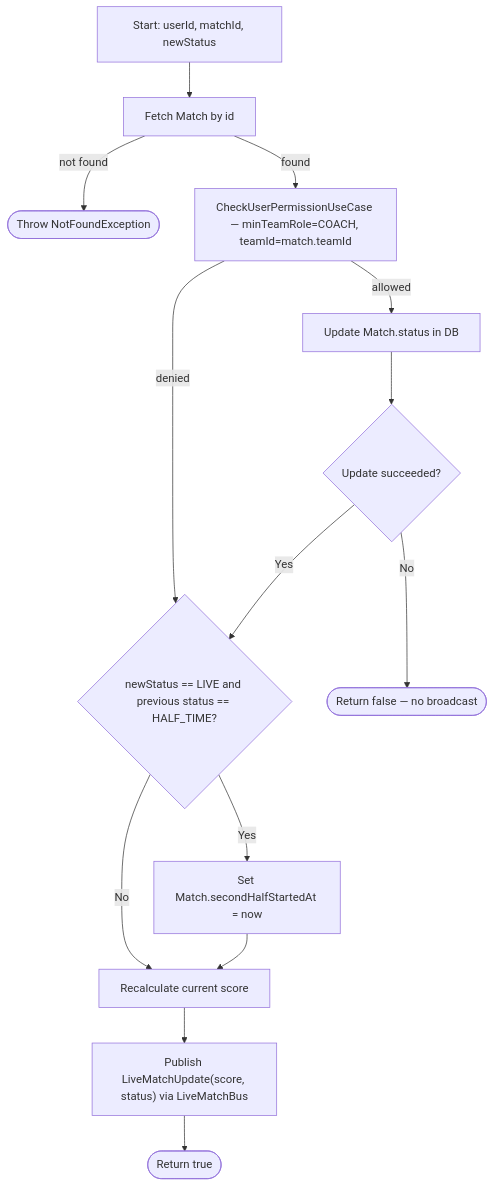
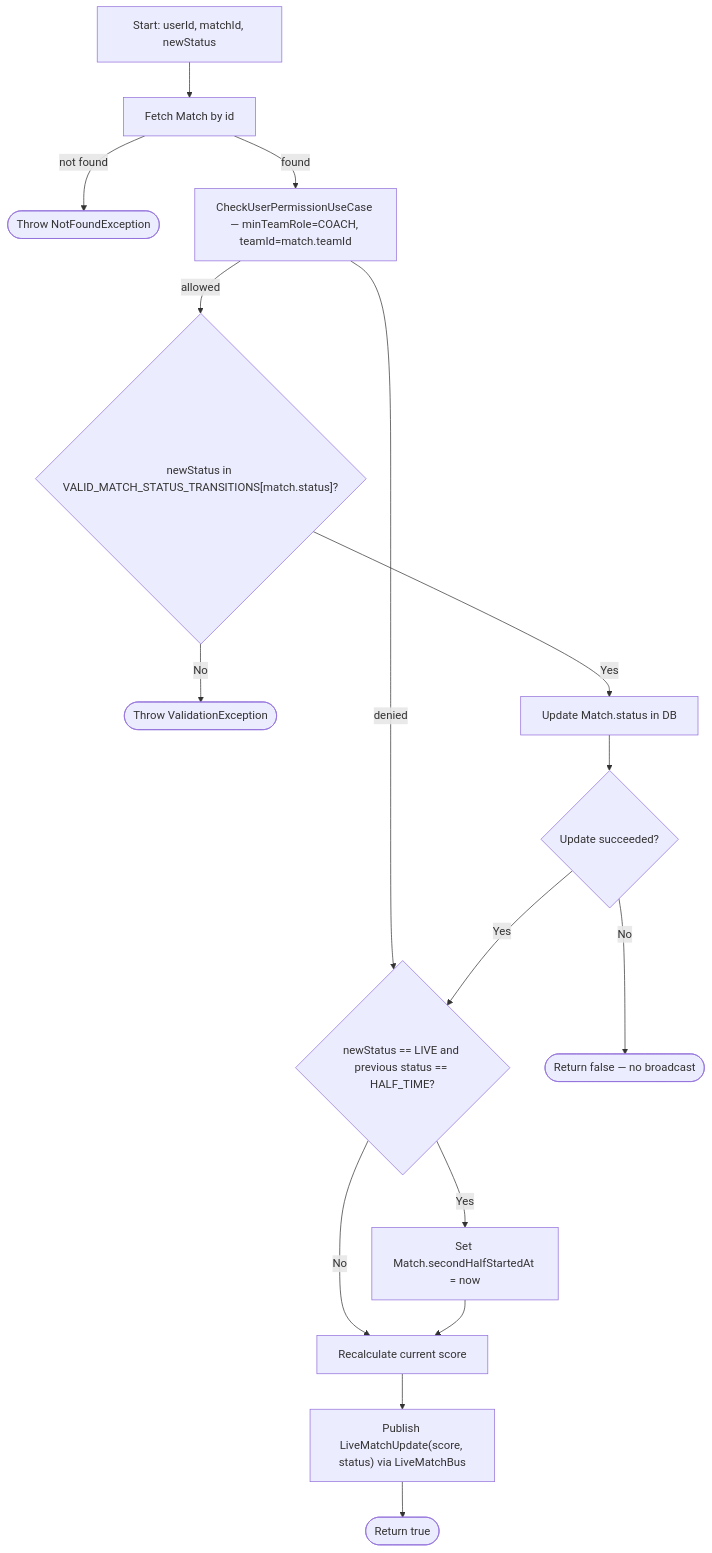
One commit to ricardofrango/squadify changed diagram 39 of 45 in PROCESS_FLOWS.md. Above: the diagram before and after it, drawn with Mermaid. The commit also changed other lines of this file and 2 other files, not shown here.

First line of the commit message:
Validate match status transitions, close a StartMatchUseCase bypass

````diff
--- a/PROCESS_FLOWS.md
+++ b/PROCESS_FLOWS.md
@@ -793,16 +793,18 @@
 ```mermaid
 graph TD
     A[Start: userId, matchId, newStatus] --> B[Fetch Match by id]
     B -- not found --> N(["Throw NotFoundException"])
     B -- found --> C[CheckUserPermissionUseCase — minTeamRole=COACH, teamId=match.teamId]
     C -- denied --> F(["Throw ForbiddenException"])
-    C -- allowed --> D[Update Match.status in DB]
+    C -- allowed --> T{"newStatus in VALID_MATCH_STATUS_TRANSITIONS[match.status]?"}
+    T -- No --> V(["Throw ValidationException"])
+    T -- Yes --> D[Update Match.status in DB]
     D --> E{Update succeeded?}
     E -- No --> R1(["Return false — no broadcast"])
     E -- Yes --> F{"newStatus == LIVE and previous status == HALF_TIME?"}
     F -- Yes --> F2["Set Match.secondHalfStartedAt = now"]
     F -- No --> G
     F2 --> G[Recalculate current score]
     G --> H["Publish LiveMatchUpdate(score, status) via LiveMatchBus"]
     H --> R2(["Return true"])
 ```
````
